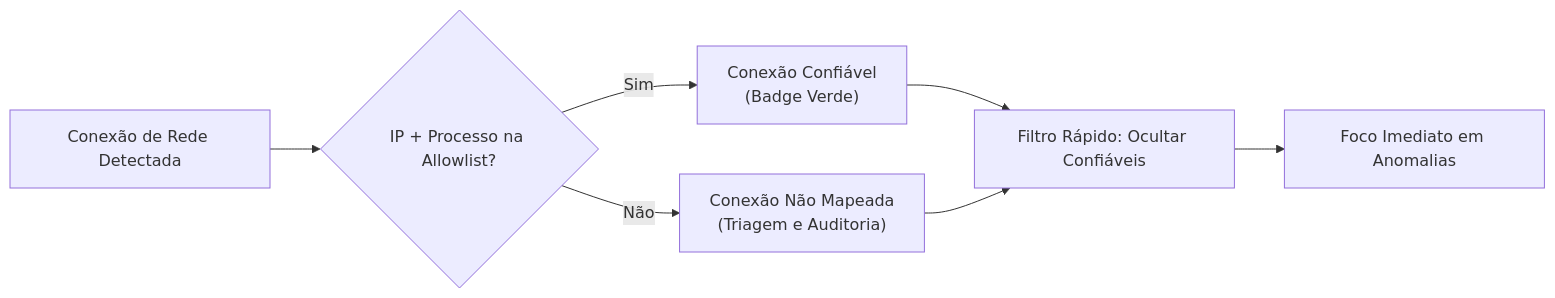
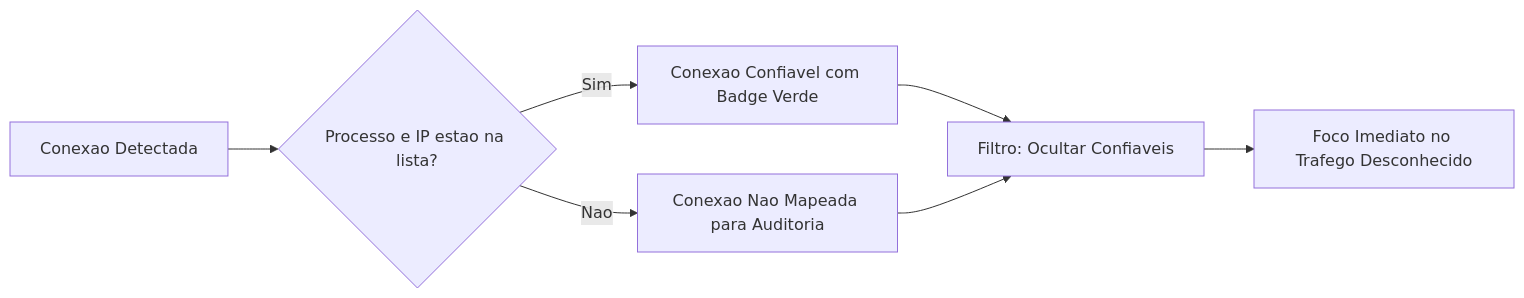
One commit to muriloai/NetStatAnalyzer changed the second of 2 diagrams in README.md. Above: the diagram before and after it, drawn with Mermaid. The commit also changed other lines of this file, not shown here.

````diff
--- a/README.md
+++ b/README.md
@@ -67,10 +121,10 @@
 ```mermaid
 flowchart LR
-    A[Conexão de Rede Detectada] --> B{IP + Processo na Allowlist?}
-    B -- Sim --> C["Conexão Confiável\n(Badge Verde)"]
-    B -- Não --> D["Conexão Não Mapeada\n(Triagem e Auditoria)"]
+    A[Conexao Detectada] --> B{Processo e IP estao na lista?}
+    B -- Sim --> C[Conexao Confiavel com Badge Verde]
+    B -- Nao --> D[Conexao Nao Mapeada para Auditoria]
     
-    C --> E[Filtro Rápido: Ocultar Confiáveis]
+    C --> E[Filtro: Ocultar Confiaveis]
     D --> E
-    E --> F[Foco Imediato em Anomalias]
+    E --> F[Foco Imediato no Trafego Desconhecido]
 ```
````
